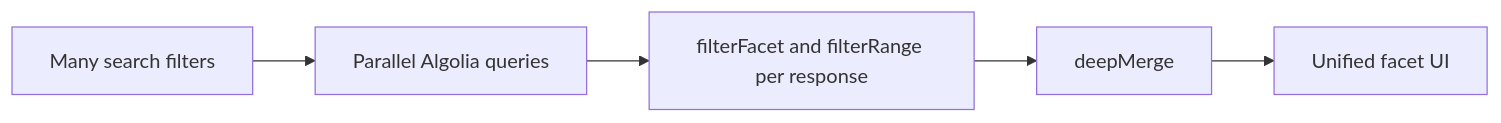
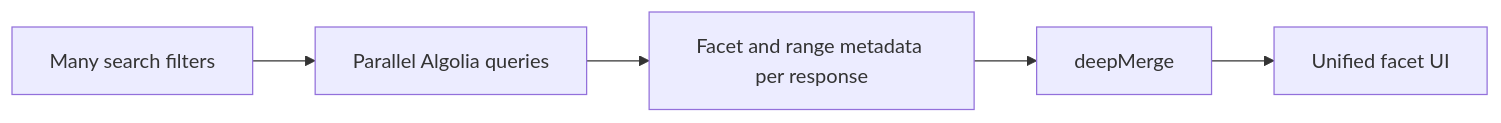
Before and after one commit to Latnac/deep-merge-many: the diagram in README.md, drawn with Mermaid. The commit also changed other lines of this file and 17 other files, not shown here.

````diff
--- a/README.md
+++ b/README.md
@@ -21,9 +17,9 @@
 ```mermaid
 flowchart LR
-  collections[Many search filters]
-  algolia[Parallel Algolia queries]
-  facets[filterFacet and filterRange per response]
+  filters[Many search filters]
+  queries[Parallel Algolia queries]
+  facets[Facet and range metadata per response]
   merge[deepMerge]
   ui[Unified facet UI]
-  collections --> algolia --> facets --> merge --> ui
+  filters --> queries --> facets --> merge --> ui
 ```
````
